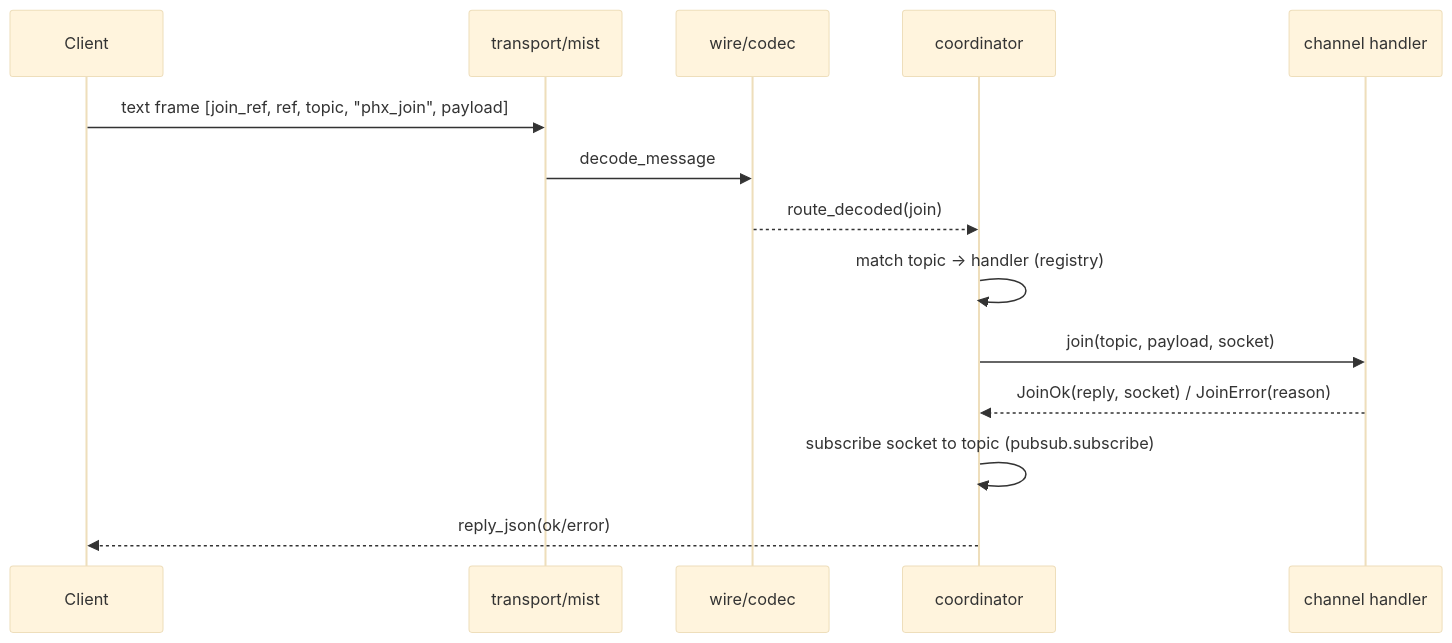
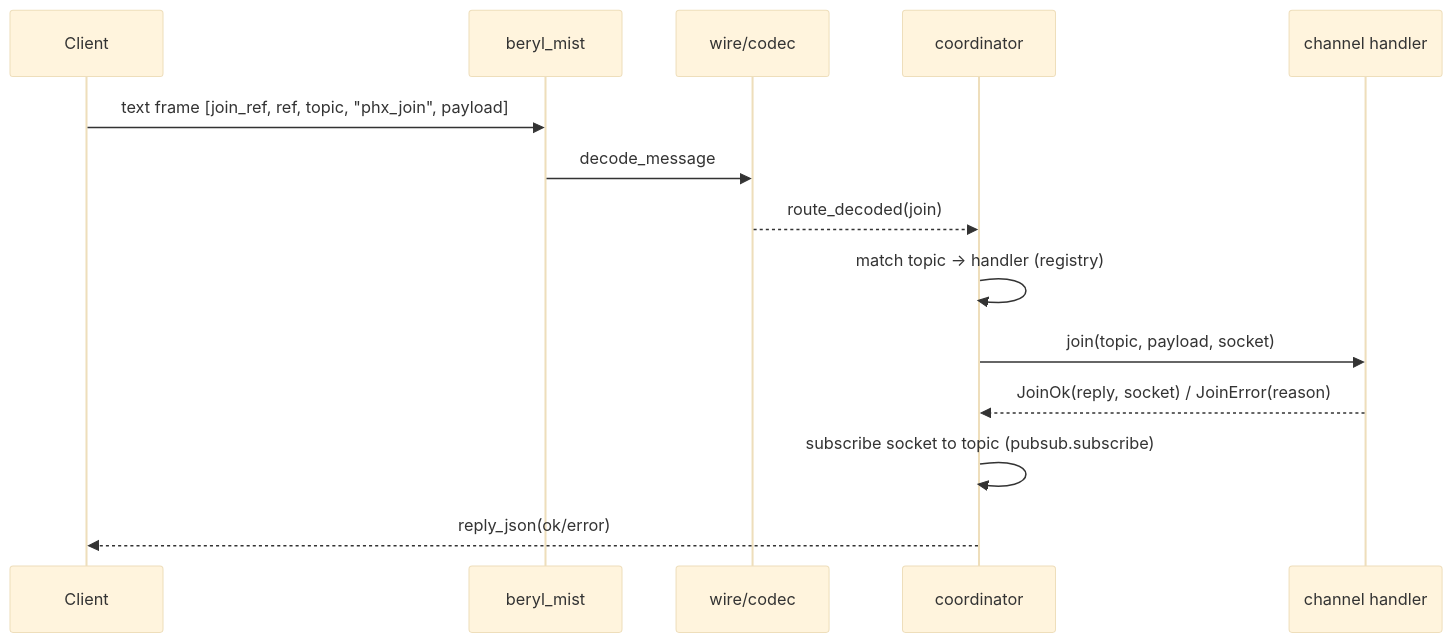
Before and after one commit to tylerbutler/beryl: the second of 6 diagrams in website/src/content/docs/architecture/message-lifecycle.md, drawn with Mermaid (base theme). The commit also changed other lines of this file and 15 other files, not shown here.

First line of the commit message:
docs(website): document the beryl_mist split and generate multi-package reference

````diff
--- a/website/src/content/docs/architecture/message-lifecycle.md
+++ b/website/src/content/docs/architecture/message-lifecycle.md
@@ -26,16 +26,16 @@
 ```mermaid
 sequenceDiagram
   participant Client
-  participant Mist as transport/mist
+  participant Mist as beryl_mist
   participant Wire as wire/codec
   participant Coord as coordinator
   participant Ch as channel handler
   Client->>Mist: text frame [join_ref, ref, topic, "phx_join", payload]
   Mist->>Wire: decode_message
   Wire-->>Coord: route_decoded(join)
   Coord->>Coord: match topic -> handler (registry)
   Coord->>Ch: join(topic, payload, socket)
   Ch-->>Coord: JoinOk(reply, socket) / JoinError(reason)
   Coord->>Coord: subscribe socket to topic (pubsub.subscribe)
   Coord-->>Client: reply_json(ok/error)
 ```
````
